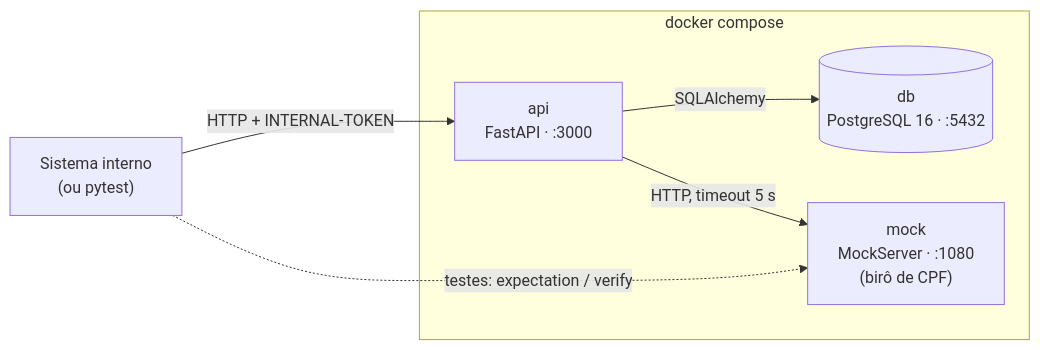
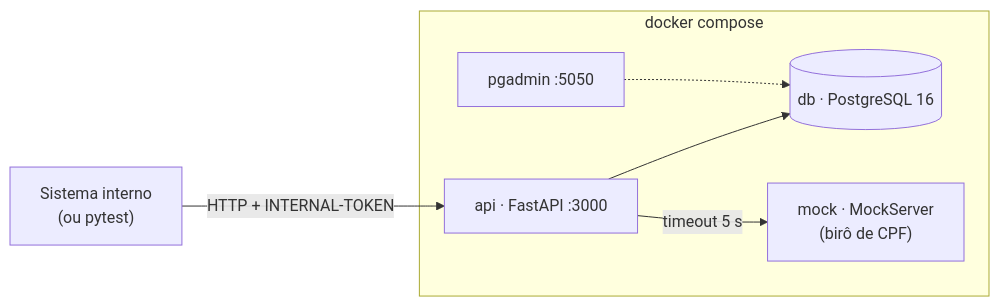
The first of 2 diagrams in docs/rfc/RFC.md (phprestes/Bootcamp-QI-Tech), drawn with Mermaid before and after one commit. The commit also changed other lines of this file and 2 other files, not shown here.

````diff
--- a/docs/rfc/RFC.md
+++ b/docs/rfc/RFC.md
@@ -42,9 +30,9 @@
 ```mermaid
 flowchart LR
     caller["Sistema interno<br/>(ou pytest)"] -- "HTTP + INTERNAL-TOKEN" --> api
     subgraph compose["docker compose"]
-        api["api<br/>FastAPI · :3000"] -- "SQLAlchemy" --> db[("db<br/>PostgreSQL 16 · :5432")]
-        api -- "HTTP, timeout 5 s" --> mock["mock<br/>MockServer · :1080<br/>(birô de CPF)"]
+        api["api · FastAPI :3000"] --> db[("db · PostgreSQL 16")]
+        api -- "timeout 5 s" --> mock["mock · MockServer<br/>(birô de CPF)"]
+        pgadmin["pgadmin :5050"] -.-> db
     end
-    caller -. "testes: expectation / verify" .-> mock
 ```
````
